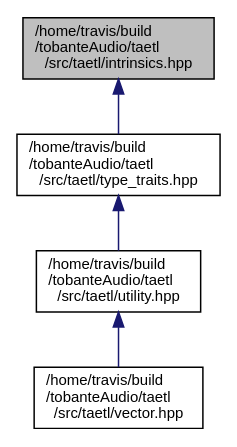
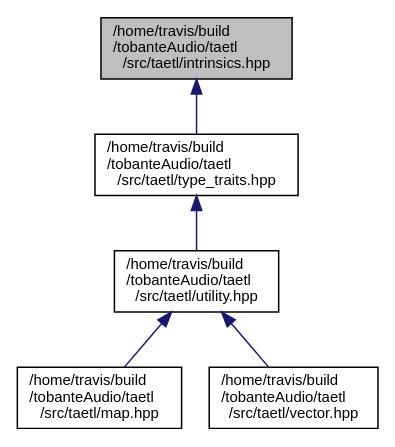
The diagram in intrinsics_8hpp__dep__incl.dot (tobanteAudio/taetl), drawn with Graphviz before and after one commit. The commit also changed 142 other files, not shown here.

Commit message:
Deploy tobanteAudio/taetl to github.com/tobanteAudio/taetl.git:gh-pages

```diff
--- a/intrinsics_8hpp__dep__incl.dot
+++ b/intrinsics_8hpp__dep__incl.dot
@@ -1,12 +1,14 @@
 digraph "/home/travis/build/tobanteAudio/taetl/src/taetl/intrinsics.hpp"
 {
   edge [fontname="Helvetica",fontsize="10",labelfontname="Helvetica",labelfontsize="10"];
   node [fontname="Helvetica",fontsize="10",shape=record];
   Node1 [label="/home/travis/build\l/tobanteAudio/taetl\l/src/taetl/intrinsics.hpp",height=0.2,width=0.4,color="black", fillcolor="grey75", style="filled", fontcolor="black"];
   Node1 -> Node2 [dir="back",color="midnightblue",fontsize="10",style="solid",fontname="Helvetica"];
   Node2 [label="/home/travis/build\l/tobanteAudio/taetl\l/src/taetl/type_traits.hpp",height=0.2,width=0.4,color="black", fillcolor="white", style="filled",URL="$type__traits_8hpp.html"];
   Node2 -> Node3 [dir="back",color="midnightblue",fontsize="10",style="solid",fontname="Helvetica"];
   Node3 [label="/home/travis/build\l/tobanteAudio/taetl\l/src/taetl/utility.hpp",height=0.2,width=0.4,color="black", fillcolor="white", style="filled",URL="$utility_8hpp.html"];
   Node3 -> Node4 [dir="back",color="midnightblue",fontsize="10",style="solid",fontname="Helvetica"];
-  Node4 [label="/home/travis/build\l/tobanteAudio/taetl\l/src/taetl/vector.hpp",height=0.2,width=0.4,color="black", fillcolor="white", style="filled",URL="$vector_8hpp.html"];
+  Node4 [label="/home/travis/build\l/tobanteAudio/taetl\l/src/taetl/map.hpp",height=0.2,width=0.4,color="black", fillcolor="white", style="filled",URL="$map_8hpp.html"];
+  Node3 -> Node5 [dir="back",color="midnightblue",fontsize="10",style="solid",fontname="Helvetica"];
+  Node5 [label="/home/travis/build\l/tobanteAudio/taetl\l/src/taetl/vector.hpp",height=0.2,width=0.4,color="black", fillcolor="white", style="filled",URL="$vector_8hpp.html"];
 }
```
